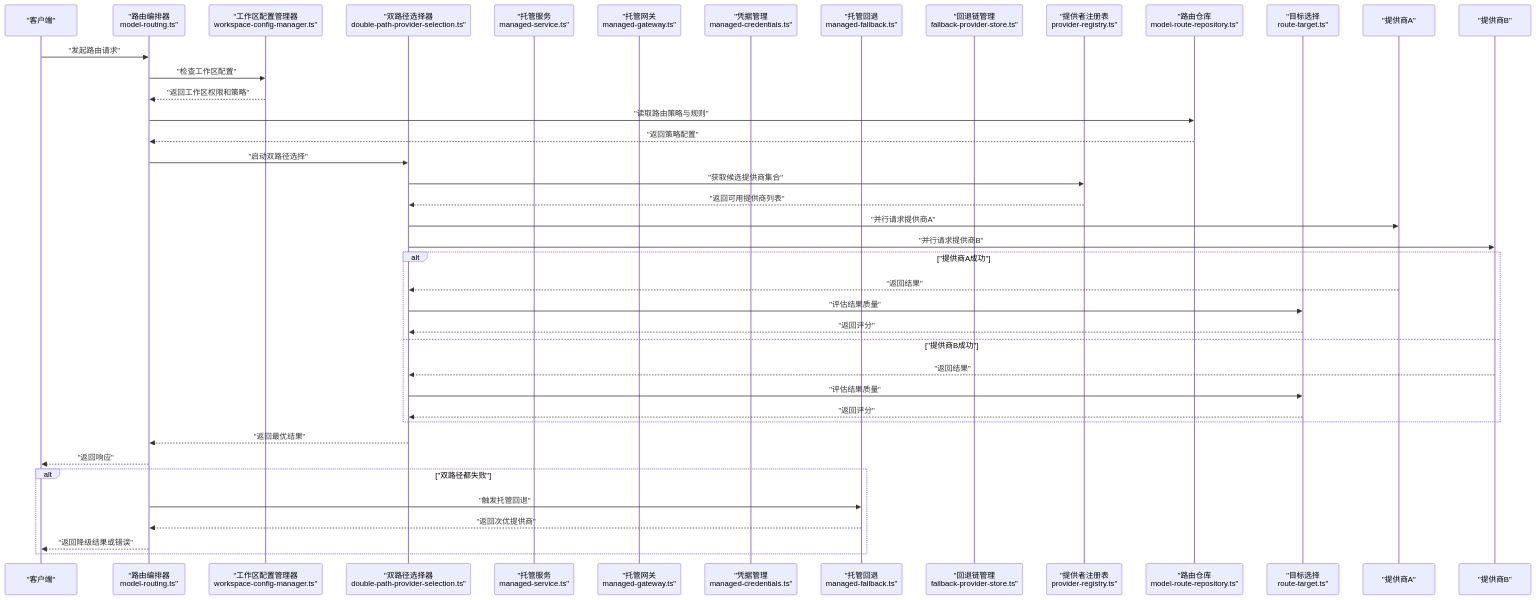
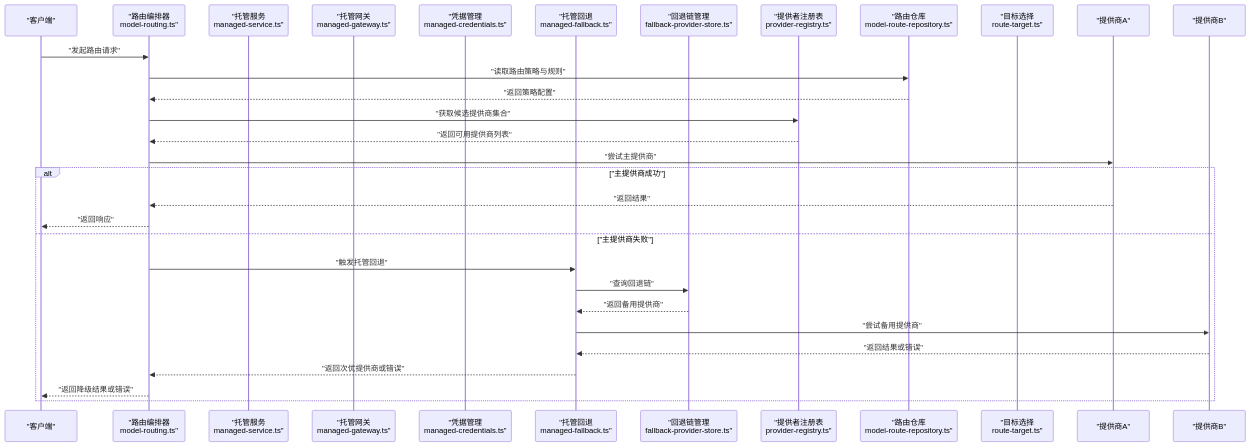
The second of 3 diagrams in .qoder/repowiki/zh/content/AI系统集成/模型路由系统.md (scottcwy/PurpleInk), drawn with Mermaid before and after one commit. The commit also changed other lines of this file and 23 other files, not shown here.

````diff
--- a/.qoder/repowiki/zh/content/AI系统集成/模型路由系统.md
+++ b/.qoder/repowiki/zh/content/AI系统集成/模型路由系统.md
@@ -163,43 +161,33 @@
 ```mermaid
 sequenceDiagram
 participant Client as "客户端"
 participant Router as "路由编排器<br/>model-routing.ts"
-participant WorkspaceMgr as "工作区配置管理器<br/>workspace-config-manager.ts"
-participant DoublePath as "双路径选择器<br/>double-path-provider-selection.ts"
 participant ManagedService as "托管服务<br/>managed-service.ts"
 participant Gateway as "托管网关<br/>managed-gateway.ts"
 participant Credentials as "凭据管理<br/>managed-credentials.ts"
 participant Fallback as "托管回退<br/>managed-fallback.ts"
 participant FallbackStore as "回退链管理<br/>fallback-provider-store.ts"
 participant Reg as "提供者注册表<br/>provider-registry.ts"
 participant Repo as "路由仓库<br/>model-route-repository.ts"
 participant Target as "目标选择<br/>route-target.ts"
 participant Provider1 as "提供商A"
 participant Provider2 as "提供商B"
 Client->>Router : "发起路由请求"
-Router->>WorkspaceMgr : "检查工作区配置"
-WorkspaceMgr-->>Router : "返回工作区权限和策略"
 Router->>Repo : "读取路由策略与规则"
 Repo-->>Router : "返回策略配置"
-Router->>DoublePath : "启动双路径选择"
-DoublePath->>Reg : "获取候选提供商集合"
-Reg-->>DoublePath : "返回可用提供商列表"
-DoublePath->>Provider1 : "并行请求提供商A"
-DoublePath->>Provider2 : "并行请求提供商B"
-alt "提供商A成功"
-Provider1-->>DoublePath : "返回结果"
-DoublePath->>Target : "评估结果质量"
-Target-->>DoublePath : "返回评分"
-else "提供商B成功"
-Provider2-->>DoublePath : "返回结果"
-DoublePath->>Target : "评估结果质量"
-Target-->>DoublePath : "返回评分"
-end
-DoublePath-->>Router : "返回最优结果"
+Router->>Reg : "获取候选提供商集合"
+Reg-->>Router : "返回可用提供商列表"
+Router->>Provider1 : "尝试主提供商"
+alt "主提供商成功"
+Provider1-->>Router : "返回结果"
 Router-->>Client : "返回响应"
-alt "双路径都失败"
+else "主提供商失败"
 Router->>Fallback : "触发托管回退"
-Fallback-->>Router : "返回次优提供商"
+Fallback->>FallbackStore : "查询回退链"
+FallbackStore-->>Fallback : "返回备用提供商"
+Fallback->>Provider2 : "尝试备用提供商"
+Provider2-->>Fallback : "返回结果或错误"
+Fallback-->>Router : "返回次优提供商或错误"
 Router-->>Client : "返回降级结果或错误"
 end
 ```
````
